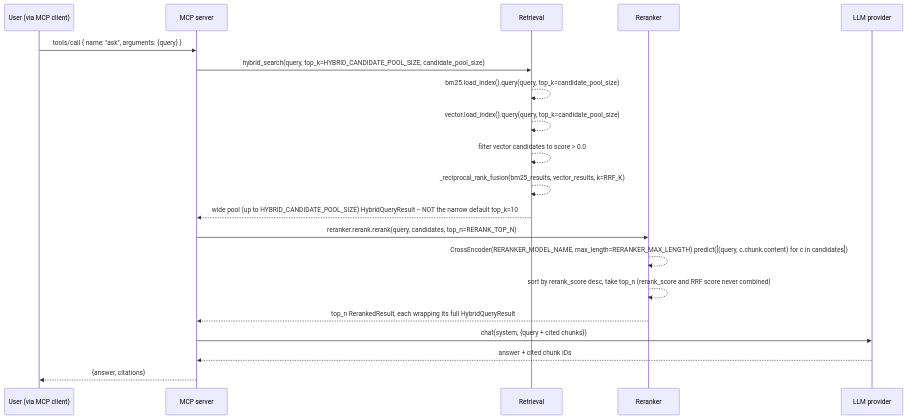
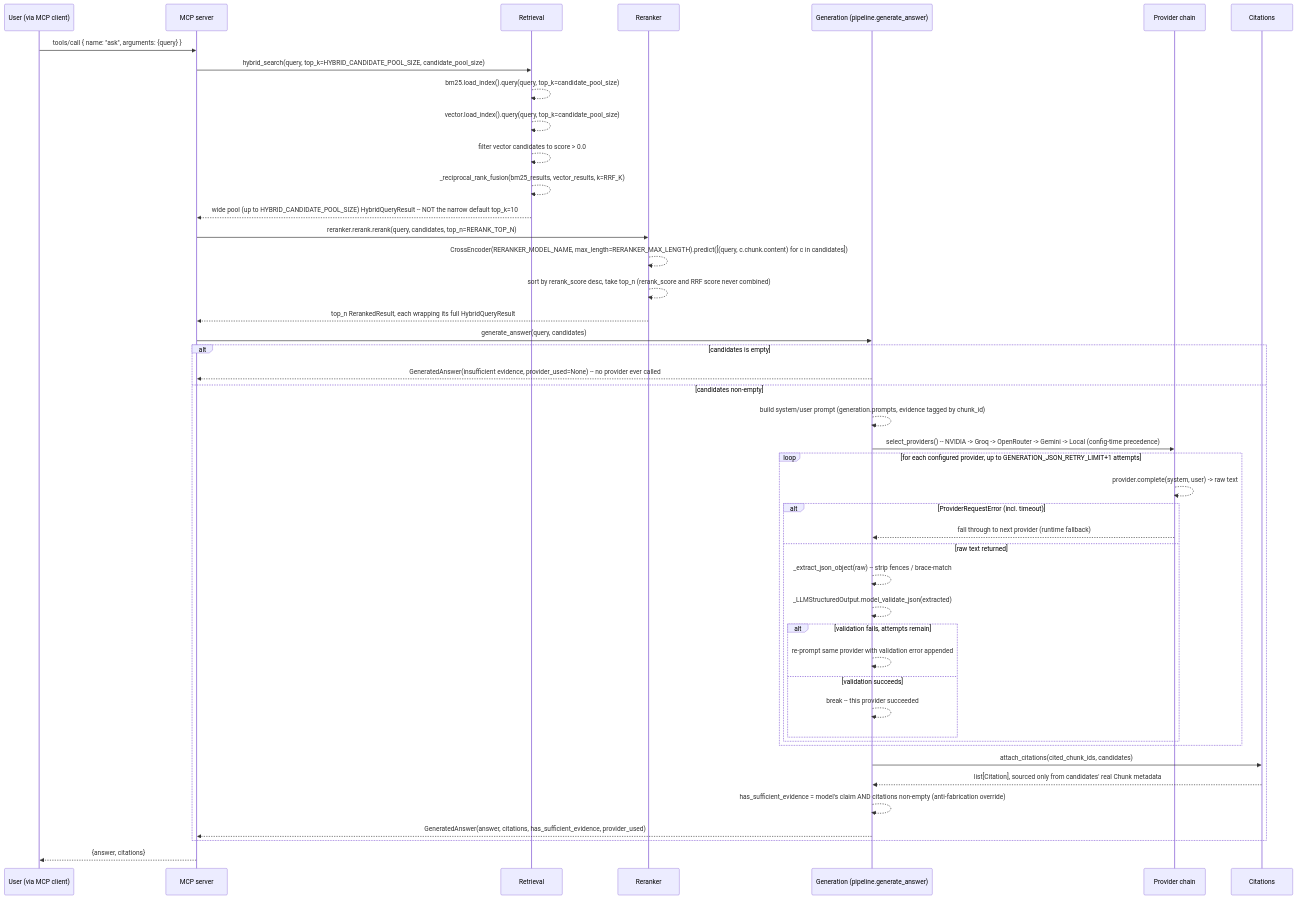
The third of 5 diagrams in FLOW.md (AyushShanu/CodeBase-MCP-Server), drawn with Mermaid before and after one commit. The commit also changed other lines of this file and 25 other files, not shown here.

````diff
--- a/FLOW.md
+++ b/FLOW.md
@@ -158,23 +158,48 @@
 ```mermaid
 sequenceDiagram
     participant U as User (via MCP client)
     participant M as MCP server
     participant R as Retrieval
     participant X as Reranker
-    participant L as LLM provider
+    participant G as Generation (pipeline.generate_answer)
+    participant P as Provider chain
+    participant C as Citations
 
     U->>M: tools/call { name: "ask", arguments: {query} }
     M->>R: hybrid_search(query, top_k=HYBRID_CANDIDATE_POOL_SIZE, candidate_pool_size)
     R-->>R: bm25.load_index().query(query, top_k=candidate_pool_size)
     R-->>R: vector.load_index().query(query, top_k=candidate_pool_size)
     R-->>R: filter vector candidates to score > 0.0
     R-->>R: _reciprocal_rank_fusion(bm25_results, vector_results, k=RRF_K)
     R-->>M: wide pool (up to HYBRID_CANDIDATE_POOL_SIZE) HybridQueryResult -- NOT the narrow default top_k=10
     M->>X: reranker.rerank.rerank(query, candidates, top_n=RERANK_TOP_N)
     X-->>X: CrossEncoder(RERANKER_MODEL_NAME, max_length=RERANKER_MAX_LENGTH).predict([(query, c.chunk.content) for c in candidates])
     X-->>X: sort by rerank_score desc, take top_n (rerank_score and RRF score never combined)
     X-->>M: top_n RerankedResult, each wrapping its full HybridQueryResult
-    M->>L: chat(system, {query + cited chunks})
-    L-->>M: answer + cited chunk IDs
+    M->>G: generate_answer(query, candidates)
+    alt candidates is empty
+        G-->>M: GeneratedAnswer(insufficient evidence, provider_used=None) -- no provider ever called
+    else candidates non-empty
+        G-->>G: build system/user prompt (generation.prompts, evidence tagged by chunk_id)
+        G->>P: select_providers() -- NVIDIA -> Groq -> OpenRouter -> Gemini -> Local (config-time precedence)
+        loop for each configured provider, up to GENERATION_JSON_RETRY_LIMIT+1 attempts
+            P-->>P: provider.complete(system, user) -> raw text
+            alt ProviderRequestError (incl. timeout)
+                P-->>G: fall through to next provider (runtime fallback)
+            else raw text returned
+                G-->>G: _extract_json_object(raw) -- strip fences / brace-match
+                G-->>G: _LLMStructuredOutput.model_validate_json(extracted)
+                alt validation fails, attempts remain
+                    G-->>G: re-prompt same provider with validation error appended
+                else validation succeeds
+                    G-->>G: break -- this provider succeeded
+                end
+            end
+        end
+        G->>C: attach_citations(cited_chunk_ids, candidates)
+        C-->>G: list[Citation], sourced only from candidates' real Chunk metadata
+        G-->>G: has_sufficient_evidence = model's claim AND citations non-empty (anti-fabrication override)
+        G-->>M: GeneratedAnswer(answer, citations, has_sufficient_evidence, provider_used)
+    end
     M-->>U: {answer, citations}
 ```
````
